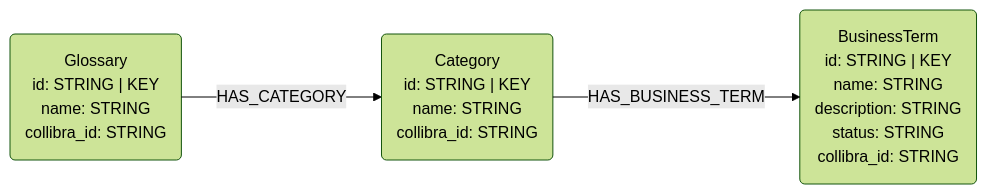
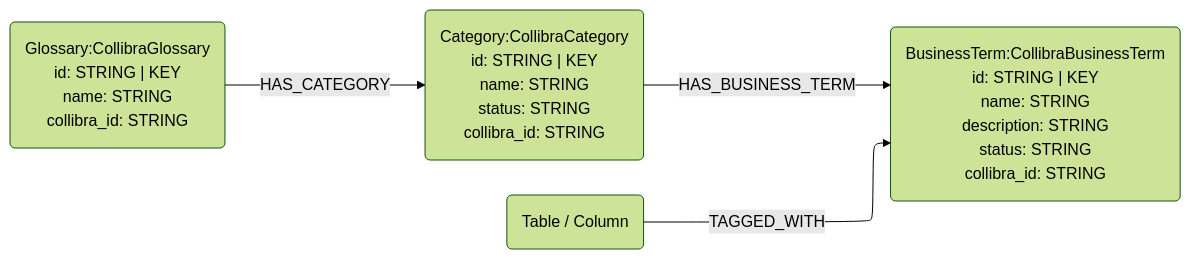
Before and after one commit to neo4j-labs/neocarta: the second of 2 diagrams in neocarta/connectors/collibra/README.md, drawn with Mermaid (forest theme). The commit also changed other lines of this file and 20 other files, not shown here.

````diff
--- a/neocarta/connectors/collibra/README.md
+++ b/neocarta/connectors/collibra/README.md
@@ -41,13 +51,15 @@
 ```mermaid
 ---
 config:
     layout: elk
 ---
 graph LR
-Glossary("Glossary<br/>id: STRING | KEY<br/>name: STRING<br/>collibra_id: STRING")
-Category("Category<br/>id: STRING | KEY<br/>name: STRING<br/>collibra_id: STRING")
-BusinessTerm("BusinessTerm<br/>id: STRING | KEY<br/>name: STRING<br/>description: STRING<br/>status: STRING<br/>collibra_id: STRING")
+Glossary("Glossary:CollibraGlossary<br/>id: STRING | KEY<br/>name: STRING<br/>collibra_id: STRING")
+Category("Category:CollibraCategory<br/>id: STRING | KEY<br/>name: STRING<br/>status: STRING<br/>collibra_id: STRING")
+BusinessTerm("BusinessTerm:CollibraBusinessTerm<br/>id: STRING | KEY<br/>name: STRING<br/>description: STRING<br/>status: STRING<br/>collibra_id: STRING")
+Tagged("Table / Column")
 
 Glossary -->|HAS_CATEGORY| Category
 Category -->|HAS_BUSINESS_TERM| BusinessTerm
+Tagged -->|TAGGED_WITH| BusinessTerm
 ```
````
